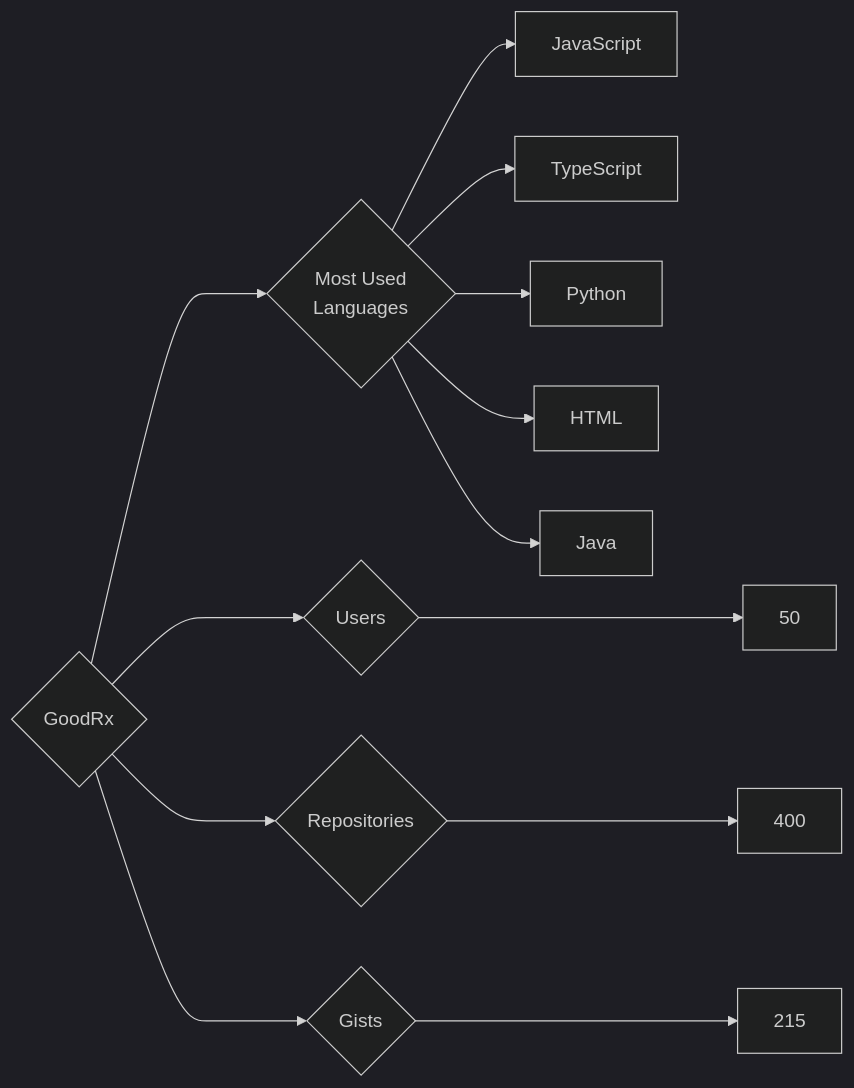
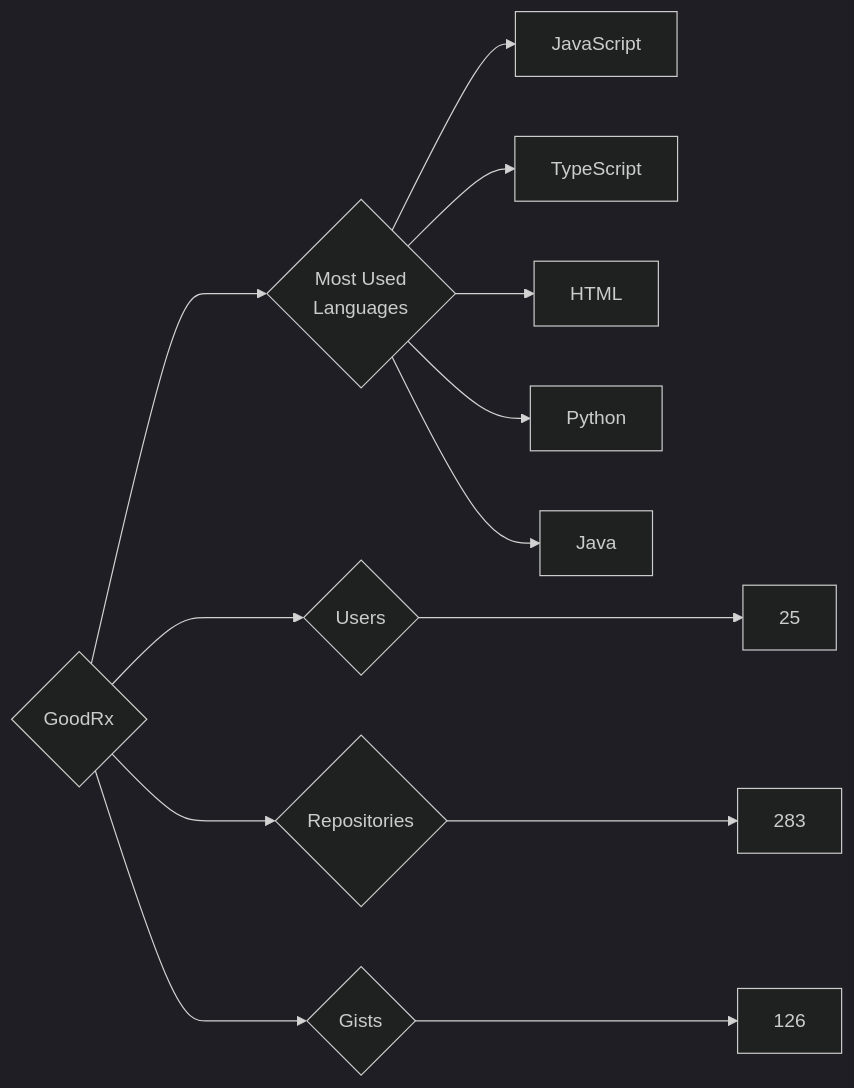
One commit to trickest/insiders changed the diagram in targets/GoodRx/README.md. Above: the diagram before and after it, drawn with Mermaid (dark theme). The commit also changed 873 other files, not shown here.

````diff
--- a/targets/GoodRx/README.md
+++ b/targets/GoodRx/README.md
@@ -3,13 +3,13 @@
 ```mermaid
 graph LR
 COMPANY_NAME{GoodRx}
-COMPANY_NAME ---> U{Users} ---> UN[50]
-COMPANY_NAME ---> R{Repositories} ---> RN[400]
-COMPANY_NAME ---> G{Gists} ---> GN[215]
+COMPANY_NAME ---> U{Users} ---> UN[25]
+COMPANY_NAME ---> R{Repositories} ---> RN[283]
+COMPANY_NAME ---> G{Gists} ---> GN[126]
 COMPANY_NAME ---> ML{Most Used<br>Languages}
 ML --> JavaScript[JavaScript]
 ML --> TypeScript[TypeScript]
+ML --> HTML[HTML]
 ML --> Python[Python]
-ML --> HTML[HTML]
 ML --> Java[Java]
 ```
````
